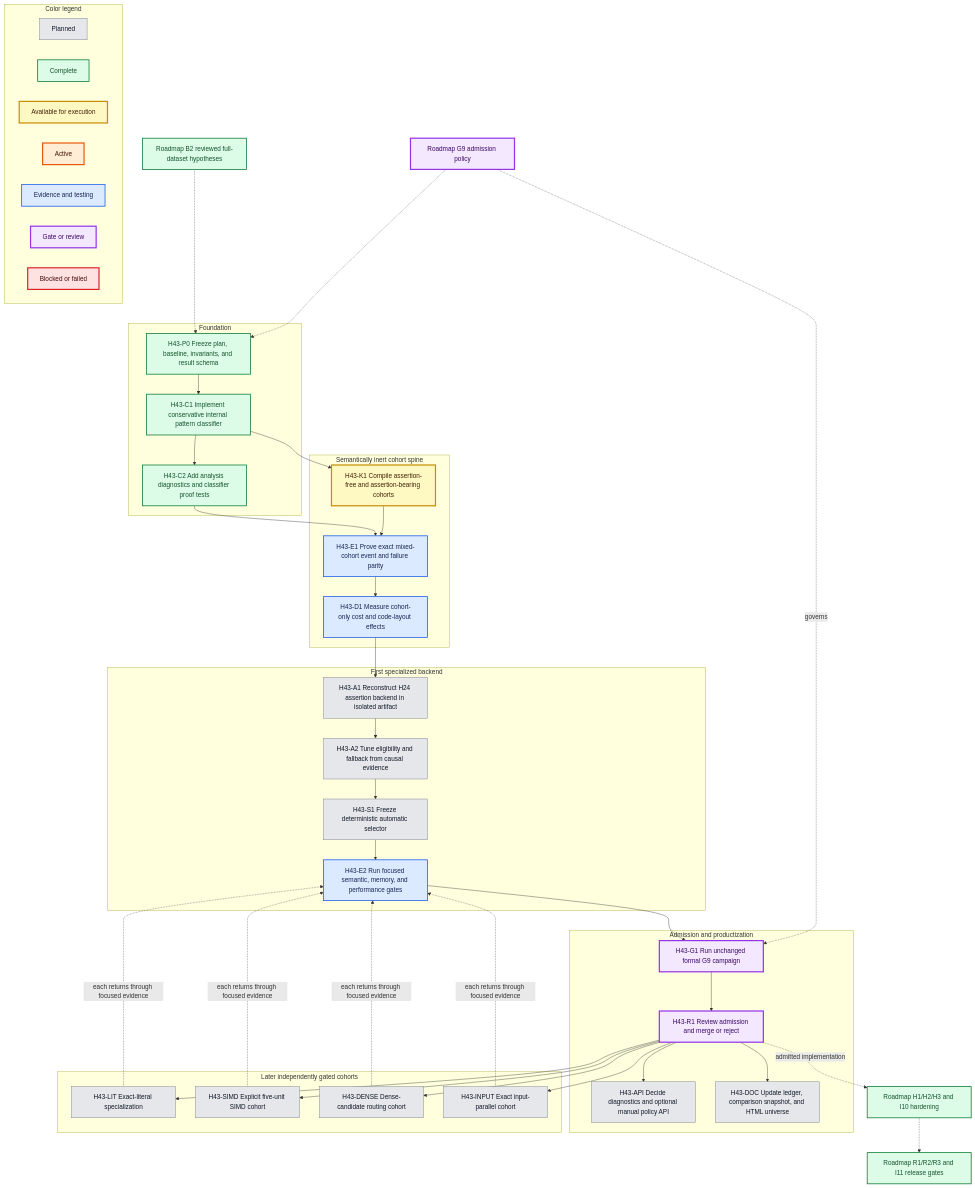
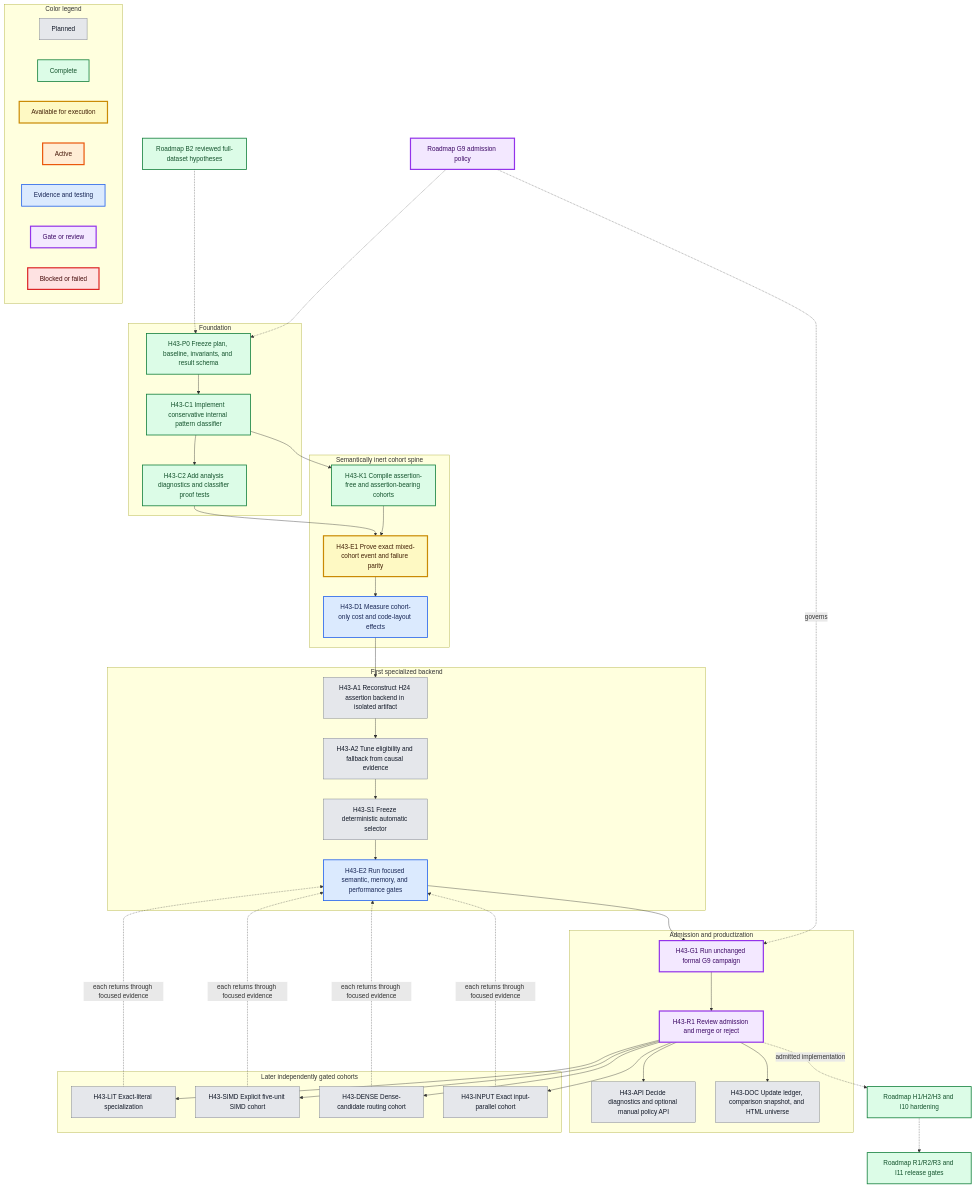
One commit to la3lma/rustmatch changed the first of 3 diagrams in docs/experiments/b2-h-0043-cohort-aware-matcher-plan.md. Above: the diagram before and after it, drawn with Mermaid. The commit also changed other lines of this file and 3 other files, not shown here.

````diff
--- a/docs/experiments/b2-h-0043-cohort-aware-matcher-plan.md
+++ b/docs/experiments/b2-h-0043-cohort-aware-matcher-plan.md
@@ -184,9 +184,10 @@
     class P0 complete;
     class C1 complete;
     class C2 complete;
-    class K1 available;
+    class K1 complete;
+    class E1 available;
     class A1,A2,S1,API,DOC,LIT,SIMD,DENSE,INPUT planned;
-    class E1,D1,E2 evidence;
+    class D1,E2 evidence;
     class G1,R1,G9 gate;
     class B2,HARD,REL complete;
 ```
````
